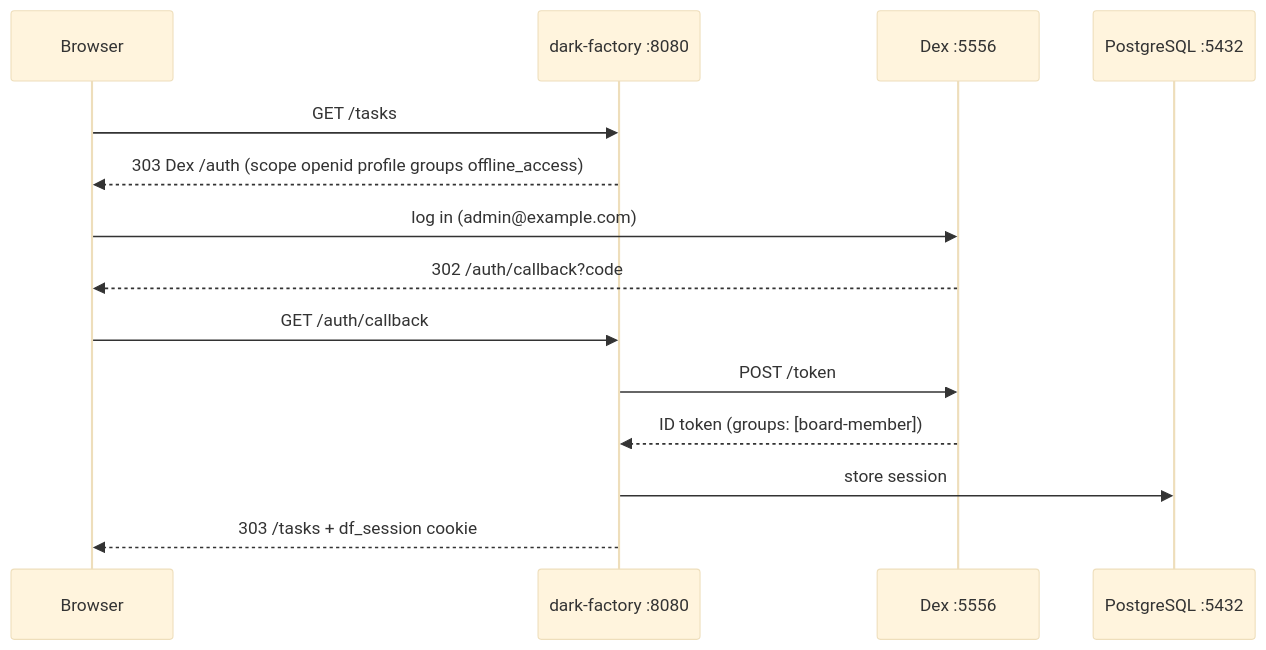
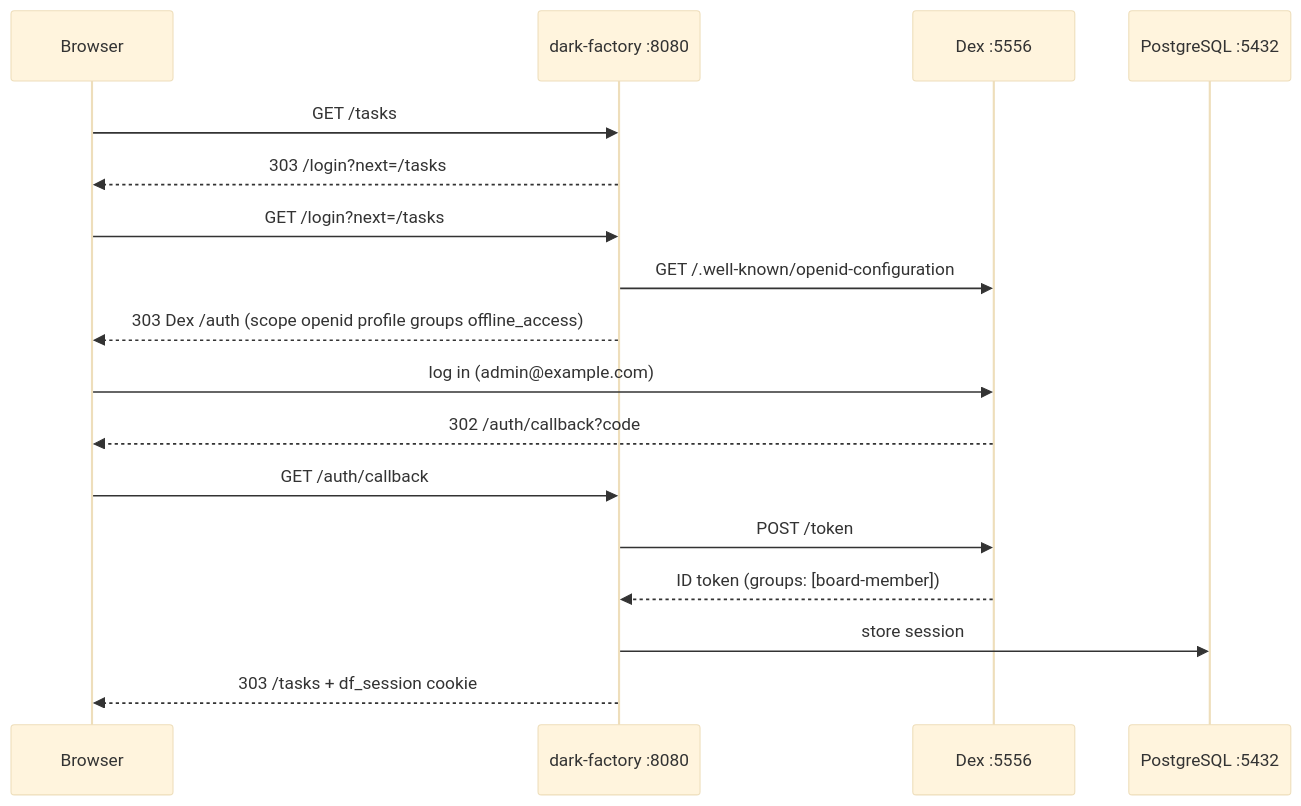
One commit to prskr/dark-factory changed the first of 2 diagrams in docs/development.md. Above: the diagram before and after it, drawn with Mermaid (base theme). The commit also changed other lines of this file, not shown here.

First line of the commit message:
docs(dev): update local UI limits and login flow after the egress gateway

````diff
--- a/docs/development.md
+++ b/docs/development.md
@@ -137,16 +139,19 @@
 ```mermaid
 sequenceDiagram
     participant B as Browser
     participant C as dark-factory :8080
     participant D as Dex :5556
     participant P as PostgreSQL :5432
     B->>C: GET /tasks
+    C-->>B: 303 /login?next=/tasks
+    B->>C: GET /login?next=/tasks
+    C->>D: GET /.well-known/openid-configuration
     C-->>B: 303 Dex /auth (scope openid profile groups offline_access)
     B->>D: log in (admin@example.com)
     D-->>B: 302 /auth/callback?code
     B->>C: GET /auth/callback
     C->>D: POST /token
     D-->>C: ID token (groups: [board-member])
     C->>P: store session
     C-->>B: 303 /tasks + df_session cookie
 ```
````
